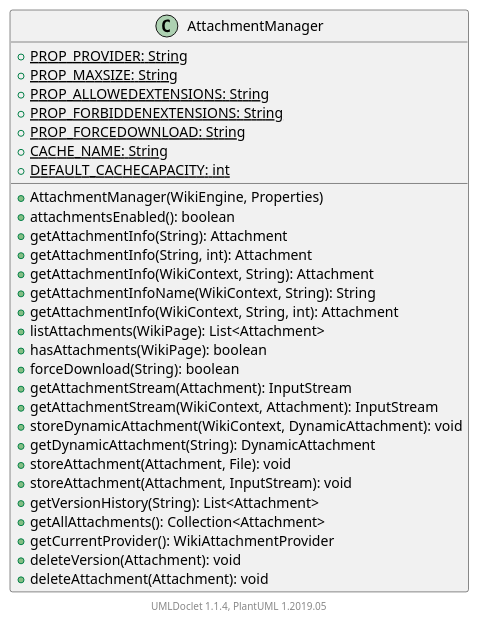
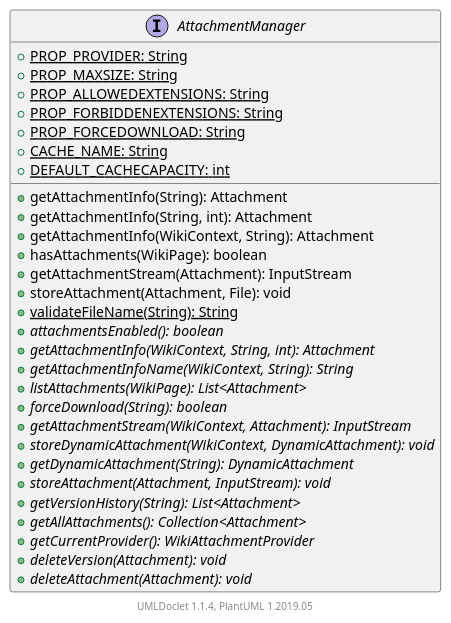
One commit to apache/jspwiki-site changed the diagram in apidocs/2.11.0.M7-SNAPSHOT/org/apache/wiki/attachment/AttachmentManager.puml. Above: the diagram before and after it, drawn with PlantUML. The commit also changed 1463 other files, not shown here.

```diff
--- a/apidocs/2.11.0.M7-SNAPSHOT/org/apache/wiki/attachment/AttachmentManager.puml
+++ b/apidocs/2.11.0.M7-SNAPSHOT/org/apache/wiki/attachment/AttachmentManager.puml
@@ -1,36 +1,36 @@
 @startuml
 
-    class AttachmentManager [[AttachmentManager.html]] {
+    interface AttachmentManager [[AttachmentManager.html]] {
         {static} +PROP_PROVIDER: String
         {static} +PROP_MAXSIZE: String
         {static} +PROP_ALLOWEDEXTENSIONS: String
         {static} +PROP_FORBIDDENEXTENSIONS: String
         {static} +PROP_FORCEDOWNLOAD: String
         {static} +CACHE_NAME: String
         {static} +DEFAULT_CACHECAPACITY: int
-        +AttachmentManager(WikiEngine, Properties)
-        +attachmentsEnabled(): boolean
         +getAttachmentInfo(String): Attachment
         +getAttachmentInfo(String, int): Attachment
         +getAttachmentInfo(WikiContext, String): Attachment
-        +getAttachmentInfoName(WikiContext, String): String
-        +getAttachmentInfo(WikiContext, String, int): Attachment
-        +listAttachments(WikiPage): List<Attachment>
         +hasAttachments(WikiPage): boolean
-        +forceDownload(String): boolean
         +getAttachmentStream(Attachment): InputStream
-        +getAttachmentStream(WikiContext, Attachment): InputStream
-        +storeDynamicAttachment(WikiContext, DynamicAttachment): void
-        +getDynamicAttachment(String): DynamicAttachment
         +storeAttachment(Attachment, File): void
-        +storeAttachment(Attachment, InputStream): void
-        +getVersionHistory(String): List<Attachment>
-        +getAllAttachments(): Collection<Attachment>
-        +getCurrentProvider(): WikiAttachmentProvider
-        +deleteVersion(Attachment): void
-        +deleteAttachment(Attachment): void
+        {static} +validateFileName(String): String
+        {abstract} +attachmentsEnabled(): boolean
+        {abstract} +getAttachmentInfo(WikiContext, String, int): Attachment
+        {abstract} +getAttachmentInfoName(WikiContext, String): String
+        {abstract} +listAttachments(WikiPage): List<Attachment>
+        {abstract} +forceDownload(String): boolean
+        {abstract} +getAttachmentStream(WikiContext, Attachment): InputStream
+        {abstract} +storeDynamicAttachment(WikiContext, DynamicAttachment): void
+        {abstract} +getDynamicAttachment(String): DynamicAttachment
+        {abstract} +storeAttachment(Attachment, InputStream): void
+        {abstract} +getVersionHistory(String): List<Attachment>
+        {abstract} +getAllAttachments(): Collection<Attachment>
+        {abstract} +getCurrentProvider(): WikiAttachmentProvider
+        {abstract} +deleteVersion(Attachment): void
+        {abstract} +deleteAttachment(Attachment): void
     }
 
 
     center footer UMLDoclet 1.1.4, PlantUML 1.2019.05
 @enduml
```
